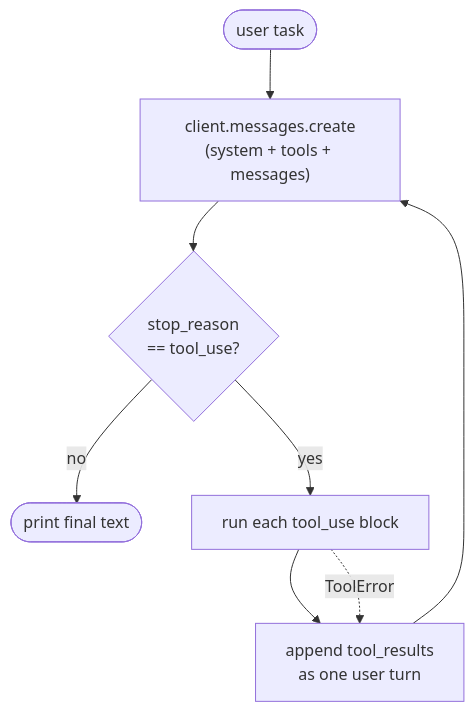
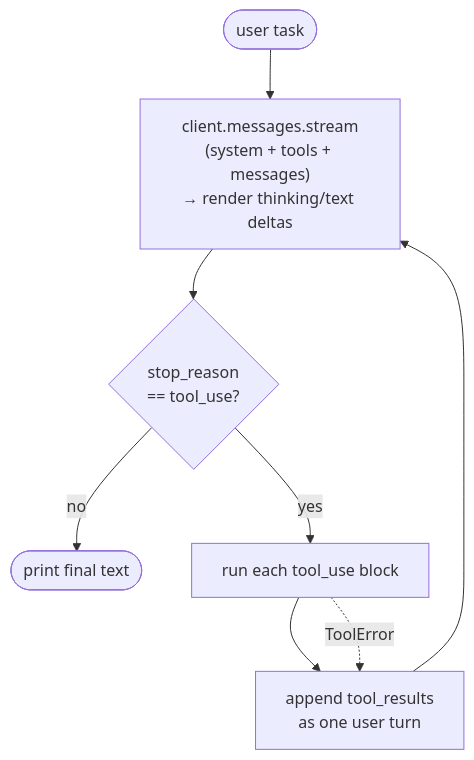
Before and after one commit to C202044zxy/Claude-Code-From-Scratch: the diagram in README.md, drawn with Mermaid. The commit also changed other lines of this file and 5 other files, not shown here.

First line of the commit message:
Stream thinking/text deltas live in the agent loop

````diff
--- a/README.md
+++ b/README.md
@@ -42,10 +43,10 @@
 ```mermaid
 flowchart TD
-    task([user task]) --> create["client.messages.create<br/>(system + tools + messages)"]
+    task([user task]) --> create["client.messages.stream<br/>(system + tools + messages)<br/>→ render thinking/text deltas"]
     create --> stop{stop_reason<br/>== tool_use?}
     stop -- no --> final([print final text])
     stop -- yes --> exec["run each tool_use block"]
     exec --> append["append tool_results<br/>as one user turn"]
     append --> create
     exec -. ToolError -.-> append
 ```
````
